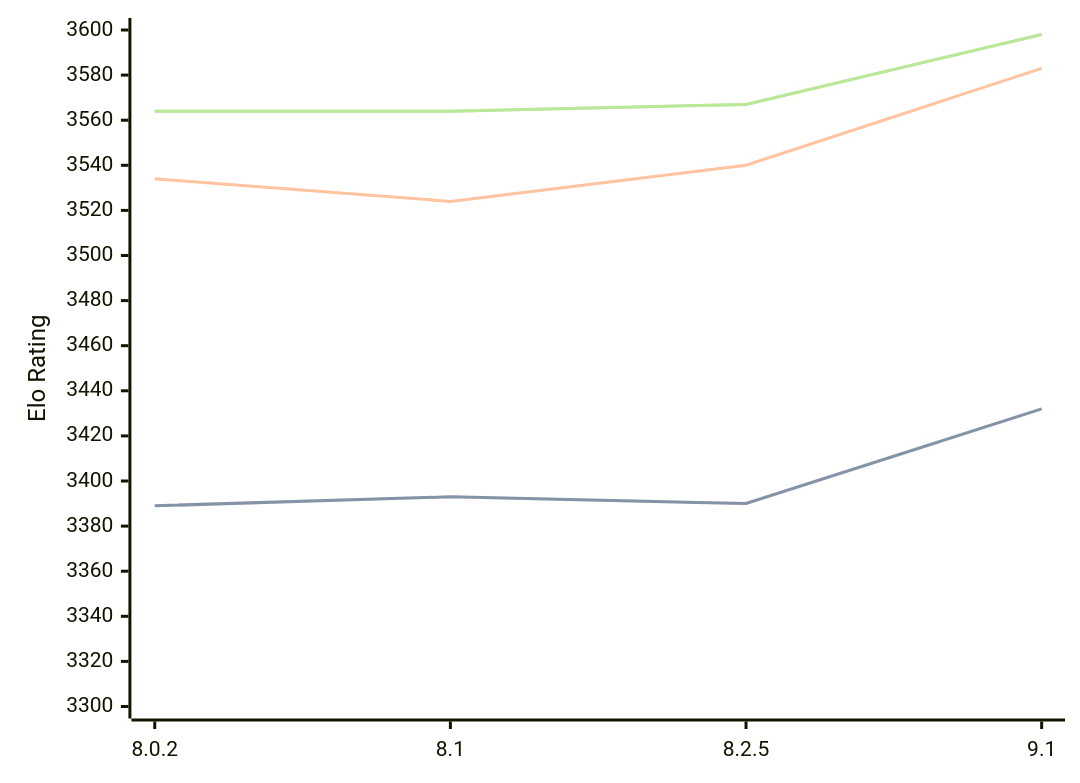
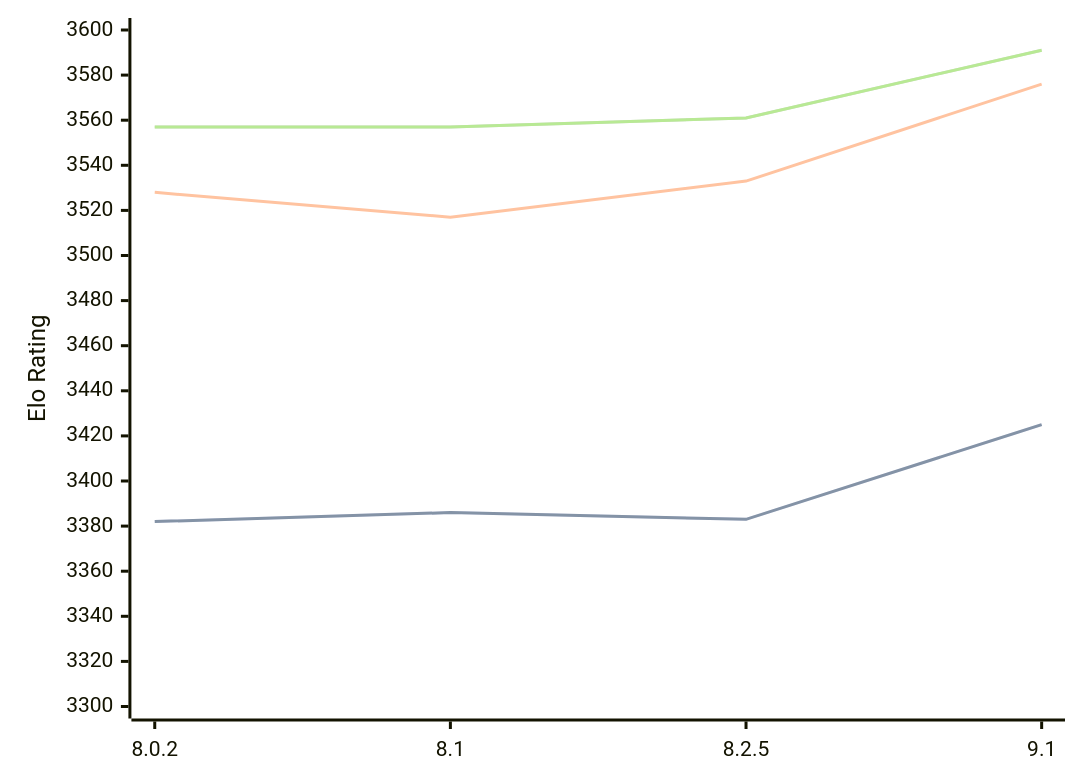
One commit to computer-chess-index/cci changed the diagram in engines/Clover.md. Above: the diagram before and after it, drawn with Mermaid. The commit also changed other lines of this file, not shown here.

Commit message:
Update CCI Ratings (ELO VLTC) - 2026-05-18

````diff
--- a/engines/Clover.md
+++ b/engines/Clover.md
@@ -64,11 +64,11 @@
 ```mermaid
 %%{init: {"theme":"base","themeVariables":{"seriesColors:['#a3a3a3','#222221','#faa371']}}}%%
 xychart-beta
   x-axis ["8.0.2", "8.1", "8.2.5", "9.1"]
   y-axis "Elo Rating" 3300 --> 3600
-  line "STC (8.0+0.08s)" [3389, 3393, 3390, 3432]
-  line "STC (8.0+0.08s)" [3389, 3393, 3390, 3432]
-  line "LTC (60.0+0.60s)" [3534, 3524, 3540, 3583]
-  line "VLTC (2m24s+1.12s)" [3564, 3564, 3567, 3598]
-  line "VLTC (2m24s+1.12s)" [3564, 3564, 3567, 3598]
+  line "STC (8.0+0.08s)" [3382, 3386, 3383, 3425]
+  line "STC (8.0+0.08s)" [3382, 3386, 3383, 3425]
+  line "LTC (60.0+0.60s)" [3528, 3517, 3533, 3576]
+  line "VLTC (2m24s+1.12s)" [3557, 3557, 3561, 3591]
+  line "VLTC (2m24s+1.12s)" [3557, 3557, 3561, 3591]
 ```
````
